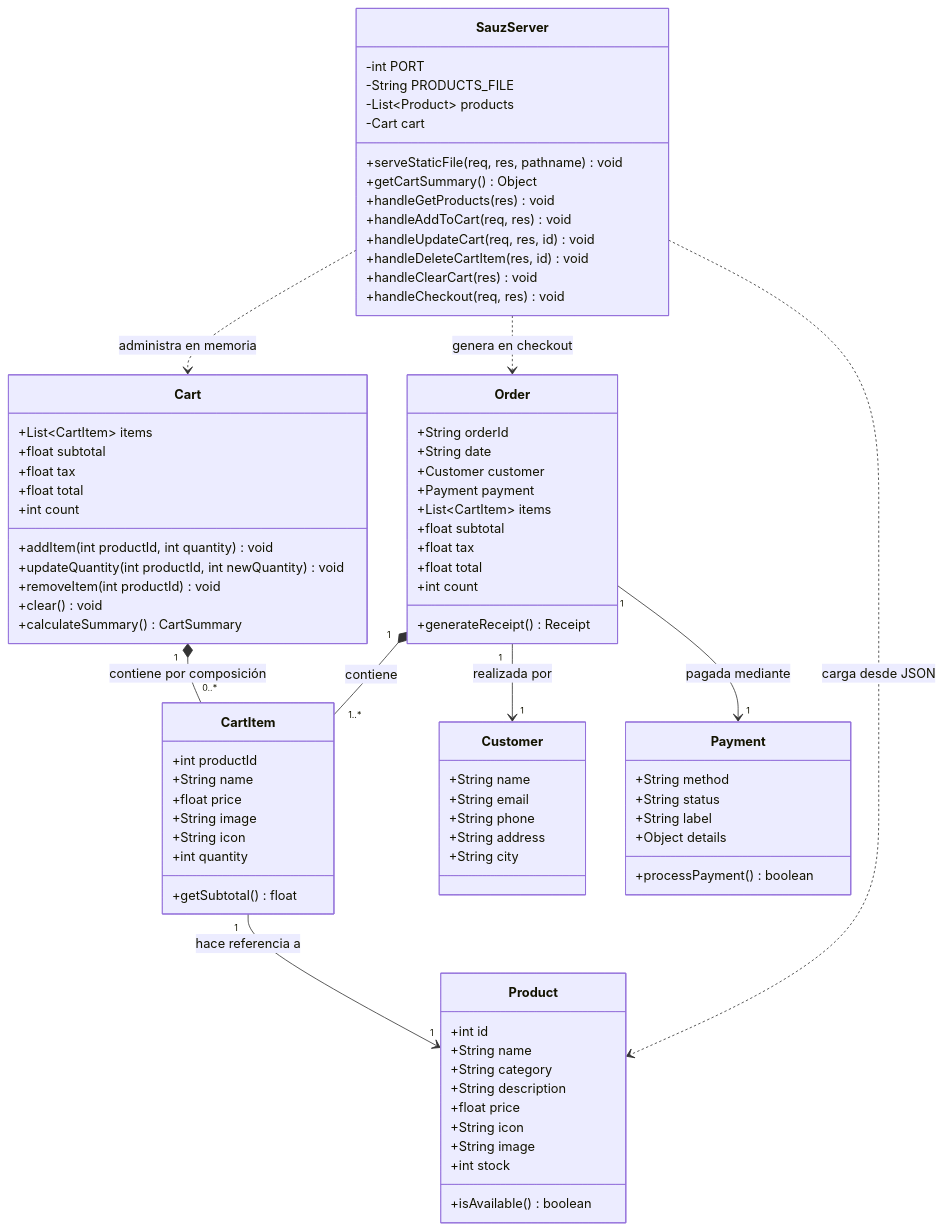
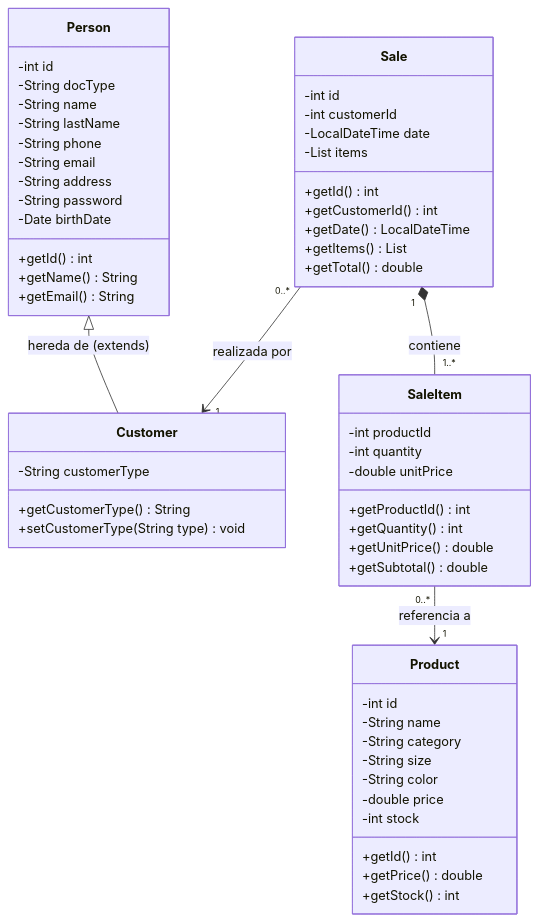
The first of 3 diagrams in DIAGRAMAS_UML.md (jpproman777-source/SauzStore), drawn with Mermaid before and after one commit. The commit also changed other lines of this file and 41 other files, not shown here.

````diff
--- a/DIAGRAMAS_UML.md
+++ b/DIAGRAMAS_UML.md
@@ -11,91 +11,68 @@
 ```mermaid
 classDiagram
-    class Product {
-        +int id
-        +String name
-        +String category
-        +String description
-        +float price
-        +String icon
-        +String image
-        +int stock
-        +isAvailable() boolean
-    }
+    direction TB
 
-    class CartItem {
-        +int productId
-        +String name
-        +float price
-        +String image
-        +String icon
-        +int quantity
-        +getSubtotal() float
-    }
-
-    class Cart {
-        +List~CartItem~ items
-        +float subtotal
-        +float tax
-        +float total
-        +int count
-        +addItem(int productId, int quantity) void
-        +updateQuantity(int productId, int newQuantity) void
-        +removeItem(int productId) void
-        +clear() void
-        +calculateSummary() CartSummary
+    class Person {
+        -int id
+        -String docType
+        -String name
+        -String lastName
+        -String phone
+        -String email
+        -String address
+        -String password
+        -Date birthDate
+        +getId() int
+        +getName() String
+        +getEmail() String
     }
 
     class Customer {
-        +String name
-        +String email
-        +String phone
-        +String address
-        +String city
+        -String customerType
+        +getCustomerType() String
+        +setCustomerType(String type) void
     }
 
-    class Payment {
-        +String method
-        +String status
-        +String label
-        +Object details
-        +processPayment() boolean
+    class Product {
+        -int id
+        -String name
+        -String category
+        -String size
+        -String color
+        -double price
+        -int stock
+        +getId() int
+        +getPrice() double
+        +getStock() int
     }
 
-    class Order {
-        +String orderId
-        +String date
-        +Customer customer
-        +Payment payment
-        +List~CartItem~ items
-        +float subtotal
-        +float tax
-        +float total
-        +int count
-        +generateReceipt() Receipt
+    class Sale {
+        -int id
+        -int customerId
+        -LocalDateTime date
+        -List items
+        +getId() int
+        +getCustomerId() int
+        +getDate() LocalDateTime
+        +getItems() List
+        +getTotal() double
     }
 
-    class SauzServer {
-        -int PORT
-        -String PRODUCTS_FILE
-        -List~Product~ products
-        -Cart cart
-        +serveStaticFile(req, res, pathname) void
-        +getCartSummary() Object
-        +handleGetProducts(res) void
-        +handleAddToCart(req, res) void
-        +handleUpdateCart(req, res, id) void
-        +handleDeleteCartItem(res, id) void
-        +handleClearCart(res) void
-        +handleCheckout(req, res) void
+    class SaleItem {
+        -int productId
+        -int quantity
+        -double unitPrice
+        +getProductId() int
+        +getQuantity() int
+        +getUnitPrice() double
+        +getSubtotal() double
     }
 
-    %% Relaciones
-    Cart "1" *-- "0..*" CartItem : contiene por composición
-    CartItem "1" --> "1" Product : hace referencia a
-    Order "1" *-- "1..*" CartItem : contiene
-    Order "1" --> "1" Customer : realizada por
-    Order "1" --> "1" Payment : pagada mediante
-    SauzServer ..> Cart : administra en memoria
-    SauzServer ..> Order : genera en checkout
-    SauzServer ..> Product : carga desde JSON
+    %% Herencia formal (Inheritance)
+    Person <|-- Customer : hereda de (extends)
+
+    %% Composición y Asociación
+    Sale "1" *-- "1..*" SaleItem : contiene
+    Sale "0..*" --> "1" Customer : realizada por
+    SaleItem "0..*" --> "1" Product : referencia a
 ```
````
